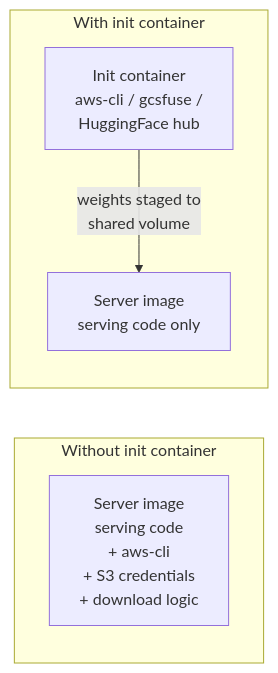
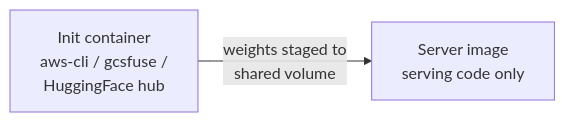
Before and after one commit to arun-gupta/cloudnative-for-ai-developers: the fourth of 4 diagrams in pains/05-cold-start.md, drawn with Mermaid. The commit also changed other lines of this file, not shown here.

Commit message:
fix(pain-5): split init container diagram into two separate before/after diagrams

````diff
--- a/pains/05-cold-start.md
+++ b/pains/05-cold-start.md
@@ -42,12 +49,4 @@
   ```mermaid
   flowchart LR
-      subgraph before["Without init container"]
-          direction TB
-          S1[Server image<br/>serving code<br/>+ aws-cli<br/>+ S3 credentials<br/>+ download logic]
-      end
-
-      subgraph after["With init container"]
-          direction TB
-          I[Init container<br/>aws-cli / gcsfuse /<br/>HuggingFace hub] -->|weights staged to<br/>shared volume| S2[Server image<br/>serving code only]
-      end
+      I[Init container<br/>aws-cli / gcsfuse /<br/>HuggingFace hub] -->|weights staged to<br/>shared volume| S2[Server image<br/>serving code only]
   ```
````
